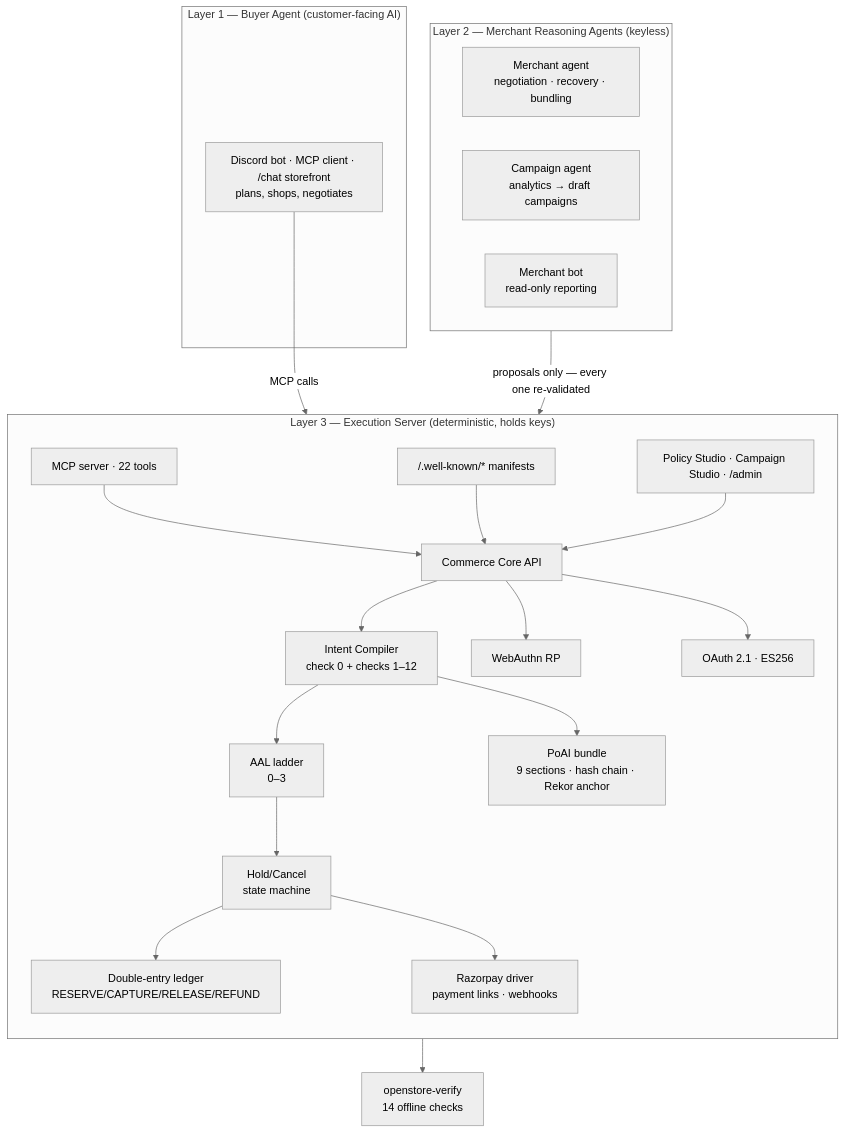
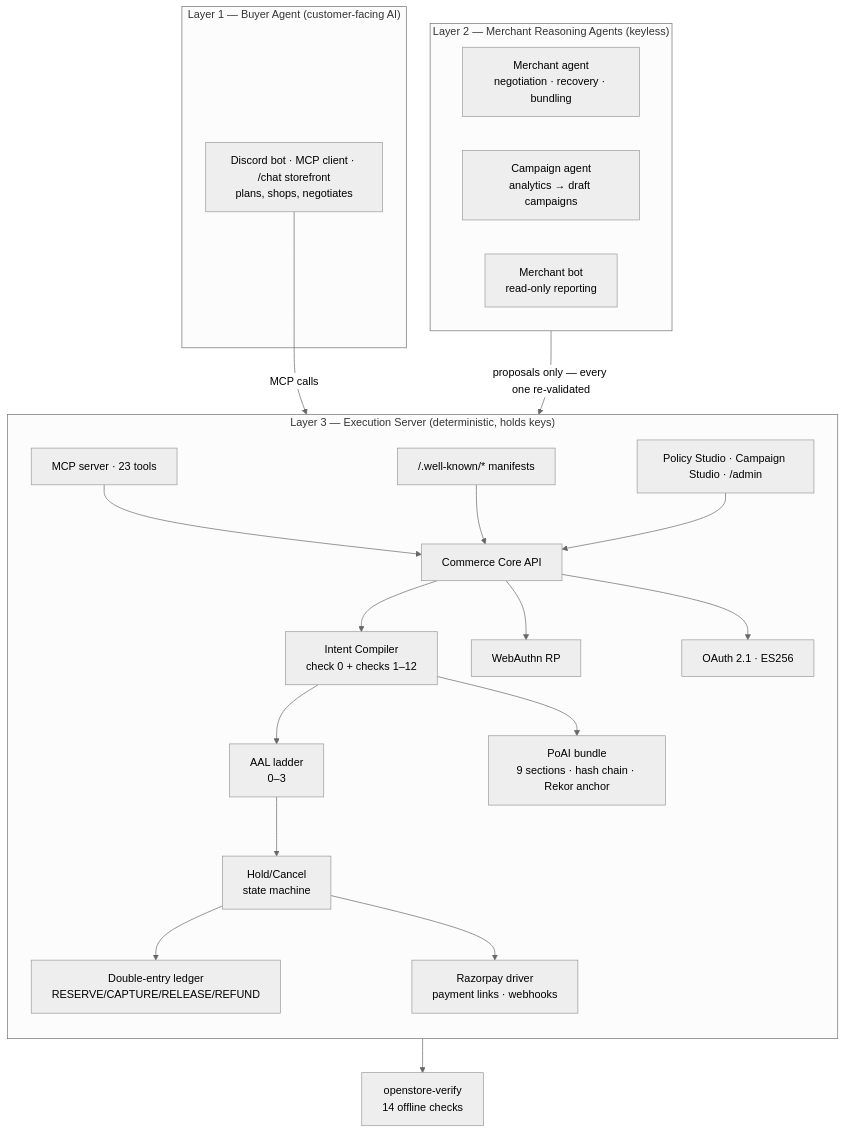
Before and after one commit to ApxllxCartxr/OpenStore: the first of 2 diagrams in README.md, drawn with Mermaid (neutral theme). The commit also changed other lines of this file and 33 other files, not shown here.

````diff
--- a/README.md
+++ b/README.md
@@ -94,31 +94,31 @@
 ```mermaid
 flowchart TB
     subgraph L1["Layer 1 — Buyer Agent (customer-facing AI)"]
         Buyer["Discord bot · MCP client · /chat storefront<br/>plans, shops, negotiates"]
     end
 
     subgraph L2["Layer 2 — Merchant Reasoning Agents (keyless)"]
         Merchant["Merchant agent<br/>negotiation · recovery · bundling"]
         Campaign["Campaign agent<br/>analytics → draft campaigns"]
         Bot["Merchant bot<br/>read-only reporting"]
     end
 
     subgraph L3["Layer 3 — Execution Server (deterministic, holds keys)"]
         direction TB
-        MCP["MCP server · 22 tools"] --> API["Commerce Core API"]
+        MCP["MCP server · 23 tools"] --> API["Commerce Core API"]
         WK["/.well-known/* manifests"] --> API
         Studio["Policy Studio · Campaign Studio · /admin"] --> API
         API --> Compiler["Intent Compiler<br/>check 0 + checks 1–12"]
         Compiler --> AAL["AAL ladder<br/>0–3"]
         AAL --> Hold["Hold/Cancel<br/>state machine"]
         Hold --> Ledger["Double-entry ledger<br/>RESERVE/CAPTURE/RELEASE/REFUND"]
         Hold --> RZ["Razorpay driver<br/>payment links · webhooks"]
         Compiler --> POAI["PoAI bundle<br/>9 sections · hash chain · Rekor anchor"]
         API --> WA["WebAuthn RP"]
         API --> OAuth["OAuth 2.1 · ES256"]
     end
 
     Buyer -->|"MCP calls"| MCP
     L2 -->|"proposals only — every one re-validated"| API
     POAI --> Verify["openstore-verify<br/>14 offline checks"]
 ```
````
